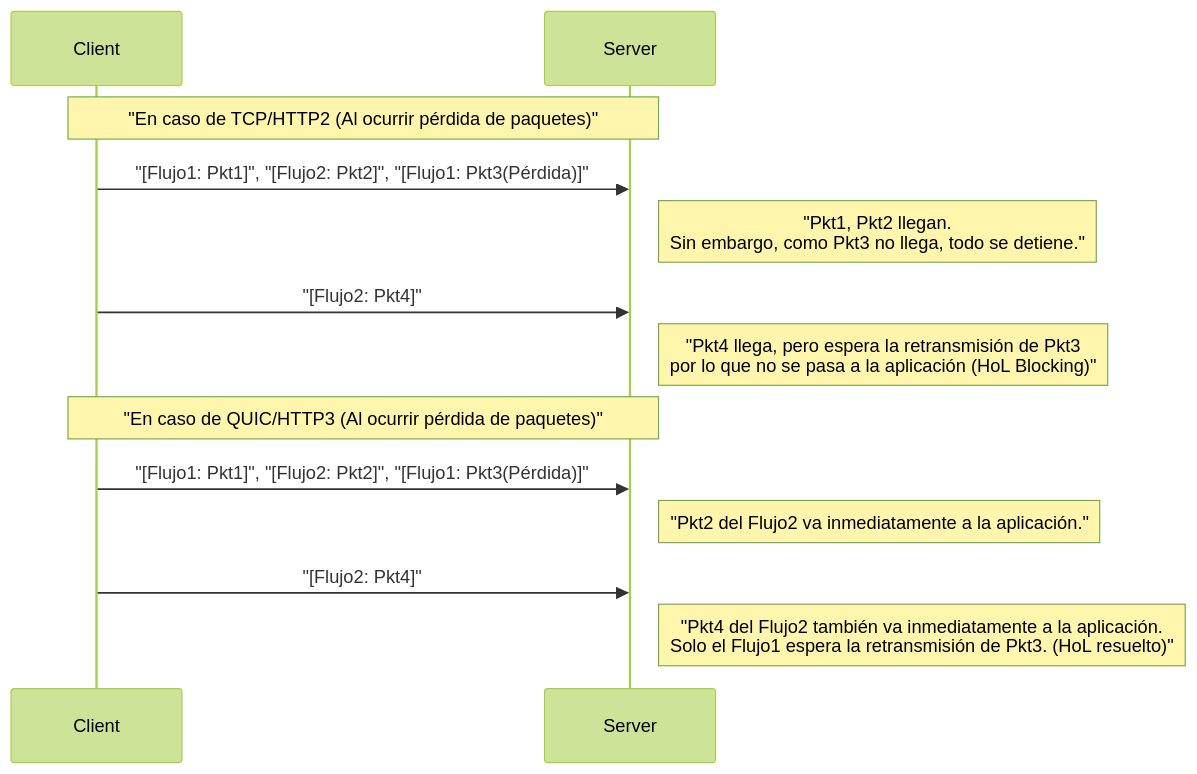
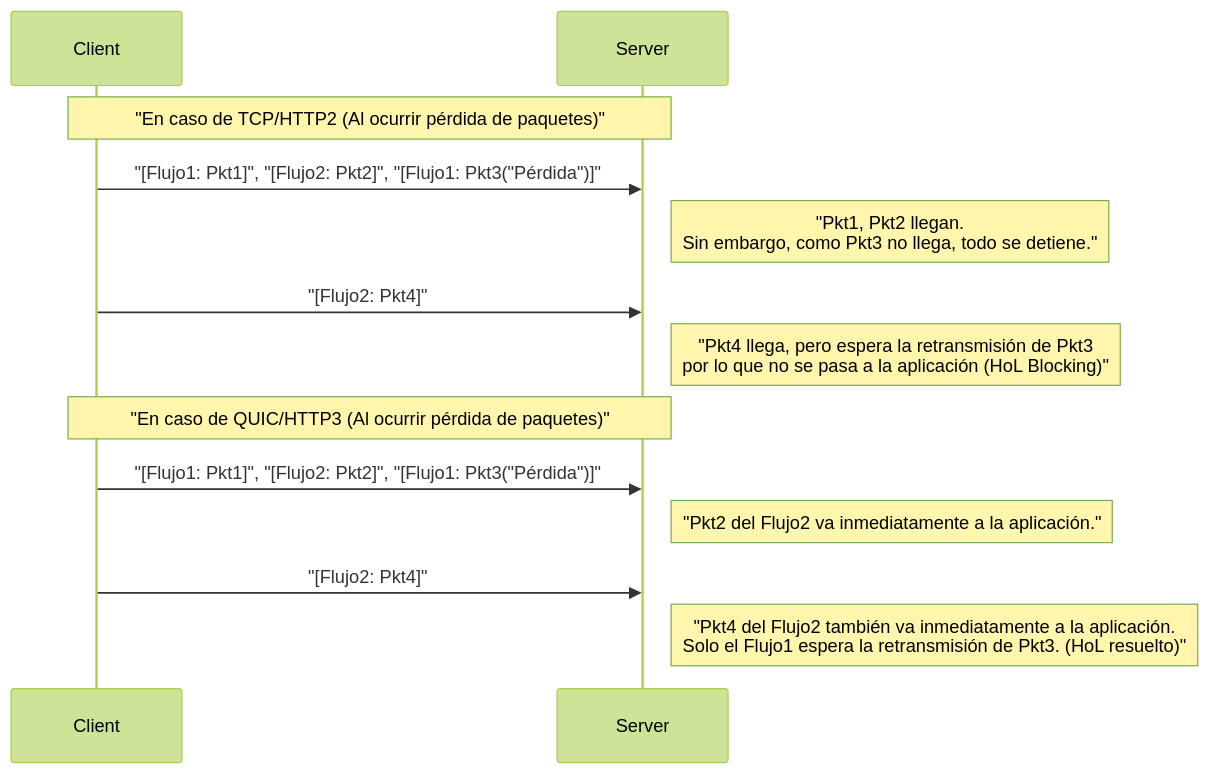
The third of 4 diagrams in content/post/http3-quic-protocol-tcp-udp/index.es.md (kenjinote/blog), drawn with Mermaid (forest theme) before and after one commit. The commit also changed 929 other files, not shown here.

Commit message:
fix: Add double quotes to all Mermaid node texts to resolve syntax errors

````diff
--- a/content/post/http3-quic-protocol-tcp-udp/index.es.md
+++ b/content/post/http3-quic-protocol-tcp-udp/index.es.md
@@ -143,17 +143,17 @@
 ```mermaid
 sequenceDiagram
     participant Client
     participant Server
     
     Note over Client, Server: "En caso de TCP/HTTP2 (Al ocurrir pérdida de paquetes)"
-    Client->>Server: "[Flujo1: Pkt1]", "[Flujo2: Pkt2]", "[Flujo1: Pkt3(Pérdida)]"
+    Client->>Server: "[Flujo1: Pkt1]", "[Flujo2: Pkt2]", "[Flujo1: Pkt3("Pérdida")]"
     Note right of Server: "Pkt1, Pkt2 llegan.<br/>Sin embargo, como Pkt3 no llega, todo se detiene."
     Client->>Server: "[Flujo2: Pkt4]"
     Note right of Server: "Pkt4 llega, pero espera la retransmisión de Pkt3<br/>por lo que no se pasa a la aplicación (HoL Blocking)"
     
     Note over Client, Server: "En caso de QUIC/HTTP3 (Al ocurrir pérdida de paquetes)"
-    Client->>Server: "[Flujo1: Pkt1]", "[Flujo2: Pkt2]", "[Flujo1: Pkt3(Pérdida)]"
+    Client->>Server: "[Flujo1: Pkt1]", "[Flujo2: Pkt2]", "[Flujo1: Pkt3("Pérdida")]"
     Note right of Server: "Pkt2 del Flujo2 va inmediatamente a la aplicación."
     Client->>Server: "[Flujo2: Pkt4]"
     Note right of Server: "Pkt4 del Flujo2 también va inmediatamente a la aplicación.<br/>Solo el Flujo1 espera la retransmisión de Pkt3. (HoL resuelto)"
 ```
````
